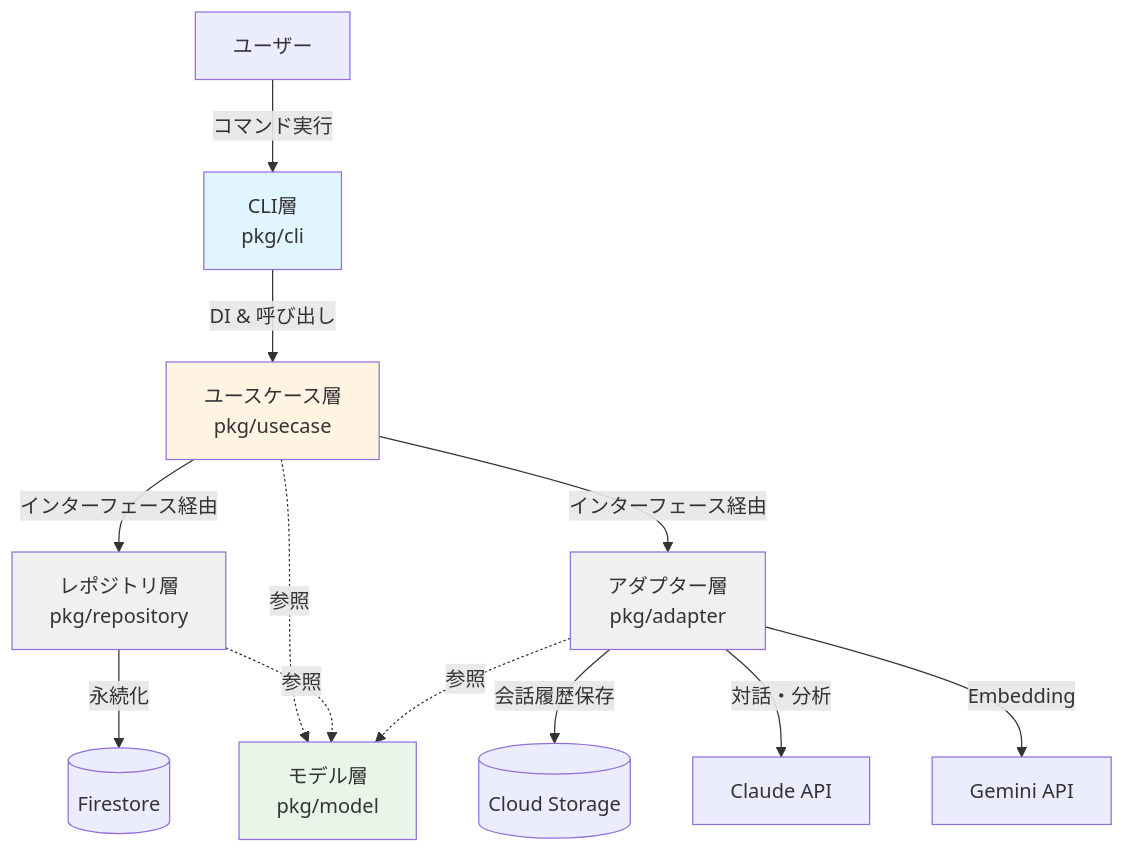
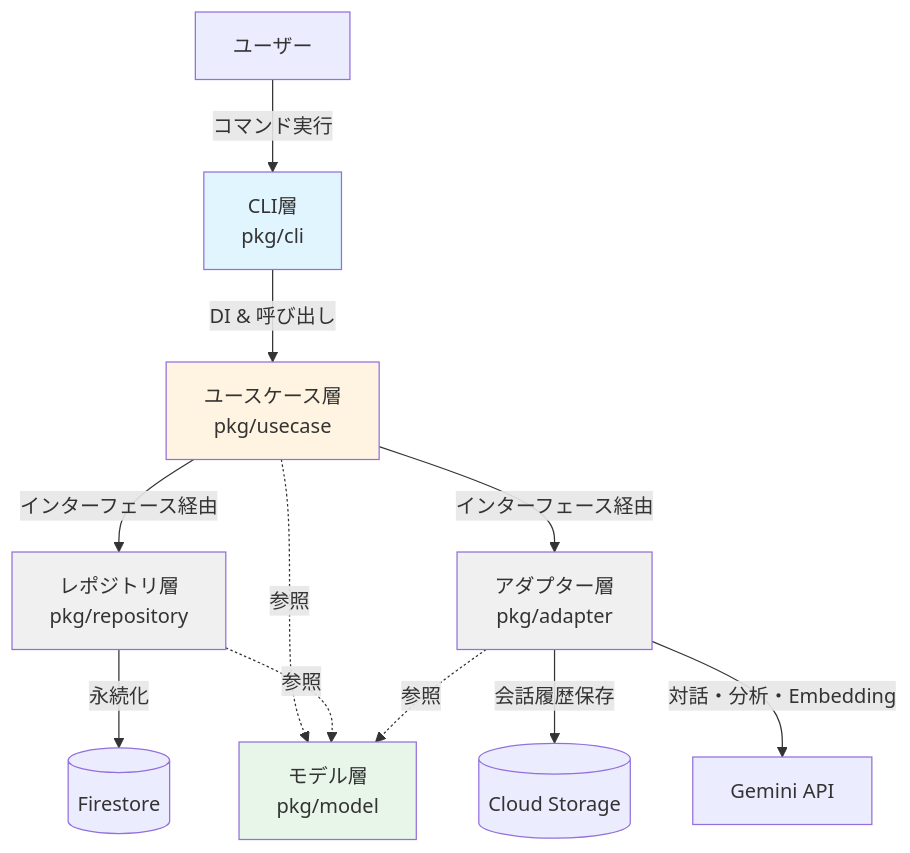
One commit to m-mizutani/advcal2025 changed the second of 4 diagrams in articles/sec-agent-03-architecture.md. Above: the diagram before and after it, drawn with Mermaid. The commit also changed other lines of this file and 1 other file, not shown here.

````diff
--- a/articles/sec-agent-03-architecture.md
+++ b/articles/sec-agent-03-architecture.md
@@ -90,33 +86,31 @@
 ```mermaid
 graph TB
     User[ユーザー]
     CLI[CLI層<br/>pkg/cli]
     UseCase[ユースケース層<br/>pkg/usecase]
     Repo[レポジトリ層<br/>pkg/repository]
     Adapter[アダプター層<br/>pkg/adapter]
     Model[モデル層<br/>pkg/model]
 
     Firestore[(Firestore)]
     Storage[(Cloud Storage)]
-    Claude[Claude API]
     Gemini[Gemini API]
 
     User -->|コマンド実行| CLI
     CLI -->|DI & 呼び出し| UseCase
     UseCase -->|インターフェース経由| Repo
     UseCase -->|インターフェース経由| Adapter
     Repo -->|永続化| Firestore
     Adapter -->|会話履歴保存| Storage
-    Adapter -->|対話・分析| Claude
-    Adapter -->|Embedding| Gemini
+    Adapter -->|対話・分析・Embedding| Gemini
 
     UseCase -.->|参照| Model
     Repo -.->|参照| Model
     Adapter -.->|参照| Model
 
     style CLI fill:#e1f5ff
     style UseCase fill:#fff4e1
     style Repo fill:#f0f0f0
     style Adapter fill:#f0f0f0
     style Model fill:#e8f5e9
 ```
````
